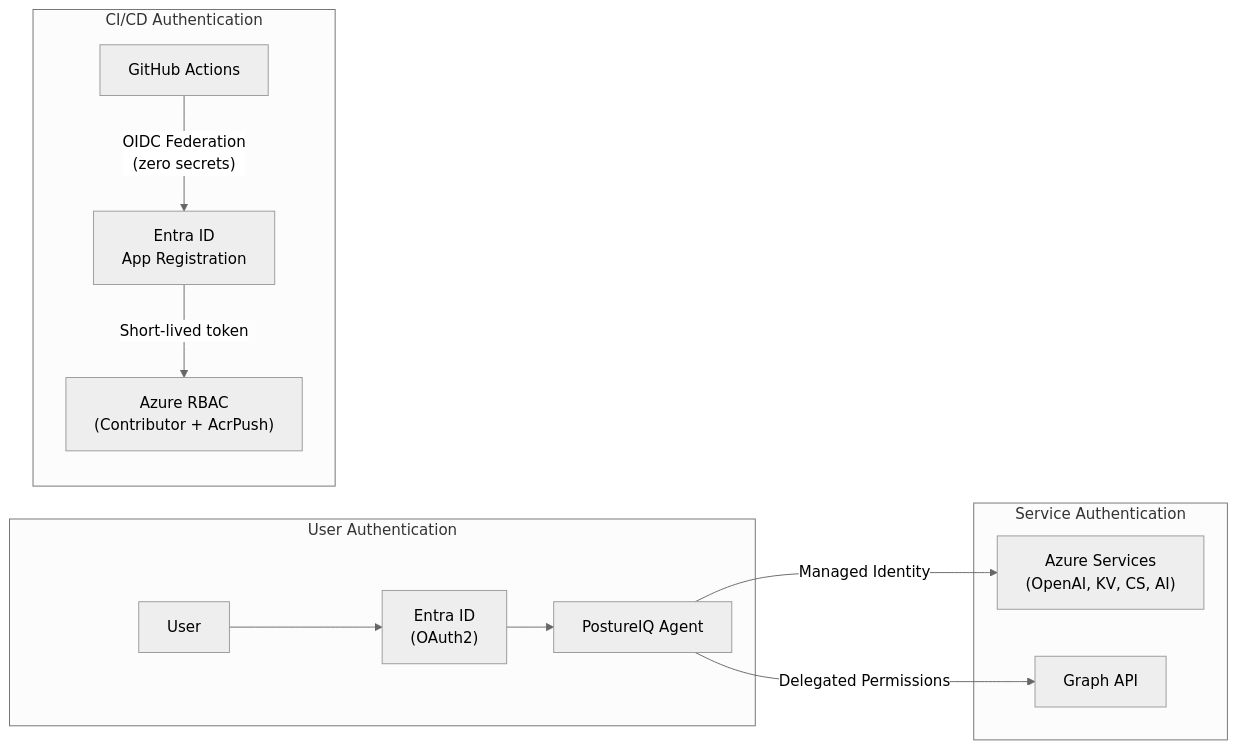
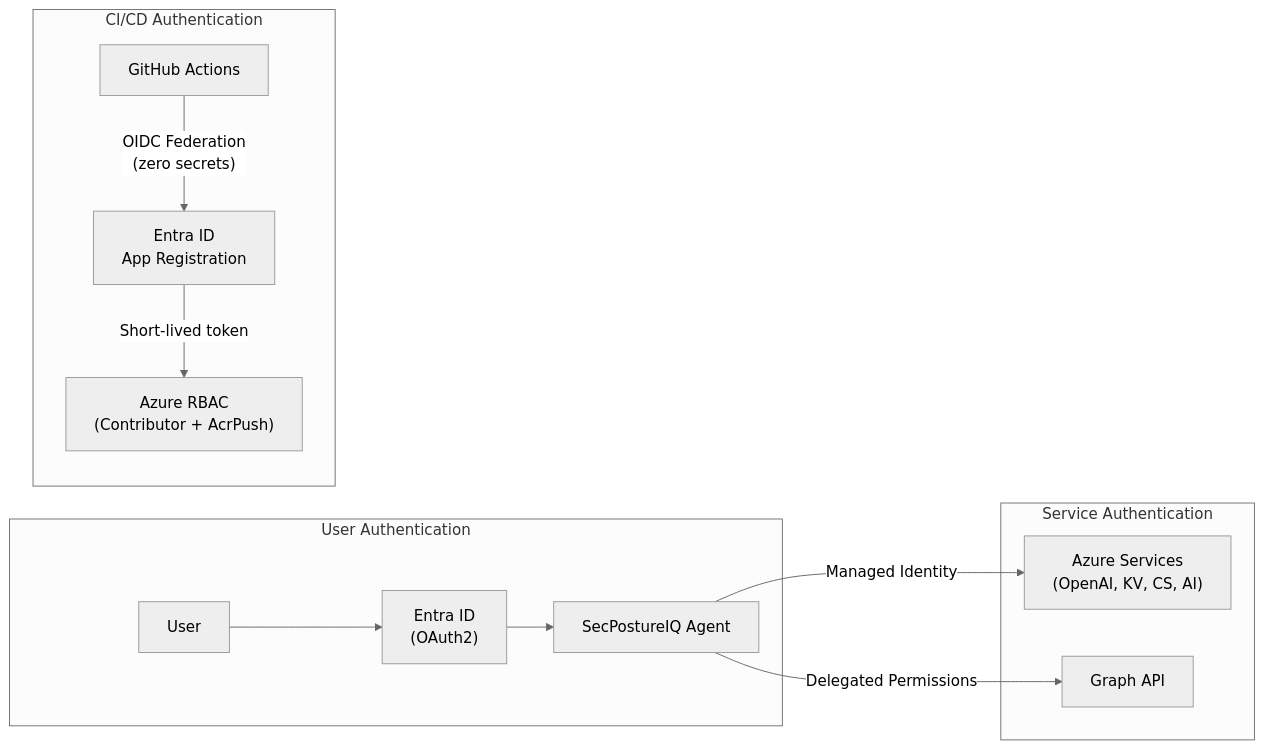
The third of 3 diagrams in docs/architecture.md (9owlsboston/posture-iq), drawn with Mermaid (neutral theme) before and after one commit. The commit also changed other lines of this file and 85 other files, not shown here.

First line of the commit message:
chore: rebrand PostureIQ → SecPostureIQ

````diff
--- a/docs/architecture.md
+++ b/docs/architecture.md
@@ -82,17 +82,17 @@
 ```mermaid
 graph LR
     subgraph UserAuth["User Authentication"]
         User --> EntraID["Entra ID<br/>(OAuth2)"]
-        EntraID --> Agent["PostureIQ Agent"]
+        EntraID --> Agent["SecPostureIQ Agent"]
     end
 
     subgraph ServiceAuth["Service Authentication"]
         Agent -- "Managed Identity" --> Azure["Azure Services<br/>(OpenAI, KV, CS, AI)"]
         Agent -- "Delegated Permissions" --> GraphAPI["Graph API"]
     end
 
     subgraph CICDAuth["CI/CD Authentication"]
         GitHub["GitHub Actions"] -- "OIDC Federation<br/>(zero secrets)" --> EntraApp["Entra ID<br/>App Registration"]
         EntraApp -- "Short-lived token" --> AzureRBAC["Azure RBAC<br/>(Contributor + AcrPush)"]
     end
 ```
````
